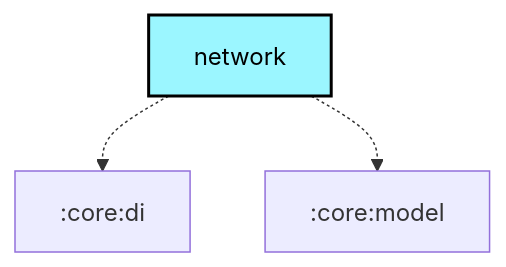
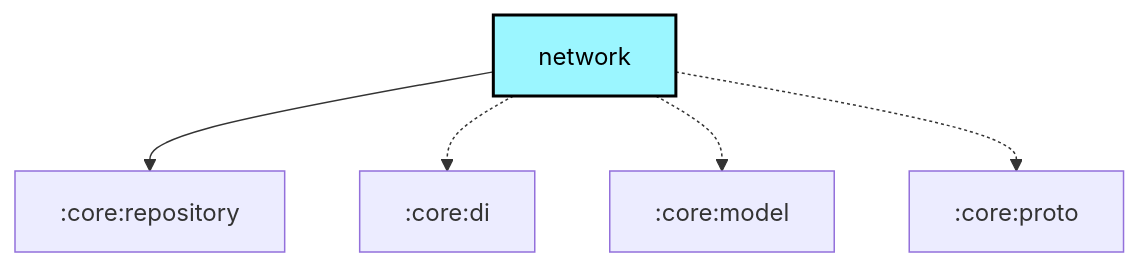
The diagram in core/network/README.md (meshtastic/Meshtastic-Android), drawn with Mermaid before and after one commit. The commit also changed 5 other files, not shown here.

Commit message:
chore: Scheduled updates (Firmware, Hardware, Translations, Graphs) (#4692)

````diff
--- a/core/network/README.md
+++ b/core/network/README.md
@@ -18,17 +18,19 @@
 ```mermaid
 graph TB
   :core:network[network]:::android-library
+  :core:network --> :core:repository
   :core:network -.-> :core:di
   :core:network -.-> :core:model
+  :core:network -.-> :core:proto
 
 classDef android-application fill:#CAFFBF,stroke:#000,stroke-width:2px,color:#000;
 classDef android-application-compose fill:#CAFFBF,stroke:#000,stroke-width:2px,color:#000;
 classDef android-feature fill:#FFD6A5,stroke:#000,stroke-width:2px,color:#000;
 classDef android-library fill:#9BF6FF,stroke:#000,stroke-width:2px,color:#000;
 classDef android-library-compose fill:#9BF6FF,stroke:#000,stroke-width:2px,color:#000;
 classDef android-test fill:#A0C4FF,stroke:#000,stroke-width:2px,color:#000;
 classDef jvm-library fill:#BDB2FF,stroke:#000,stroke-width:2px,color:#000;
 classDef kmp-library fill:#FFC1CC,stroke:#000,stroke-width:2px,color:#000;
 classDef unknown fill:#FFADAD,stroke:#000,stroke-width:2px,color:#000;
 
 ```
````
